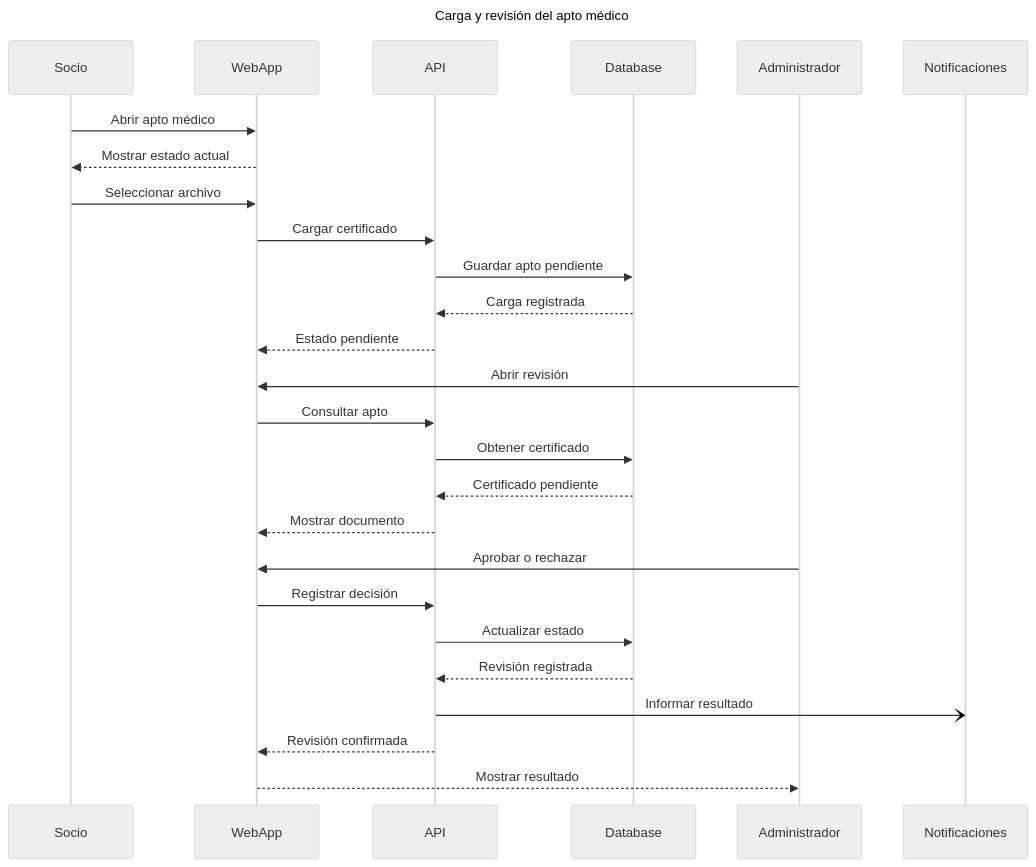
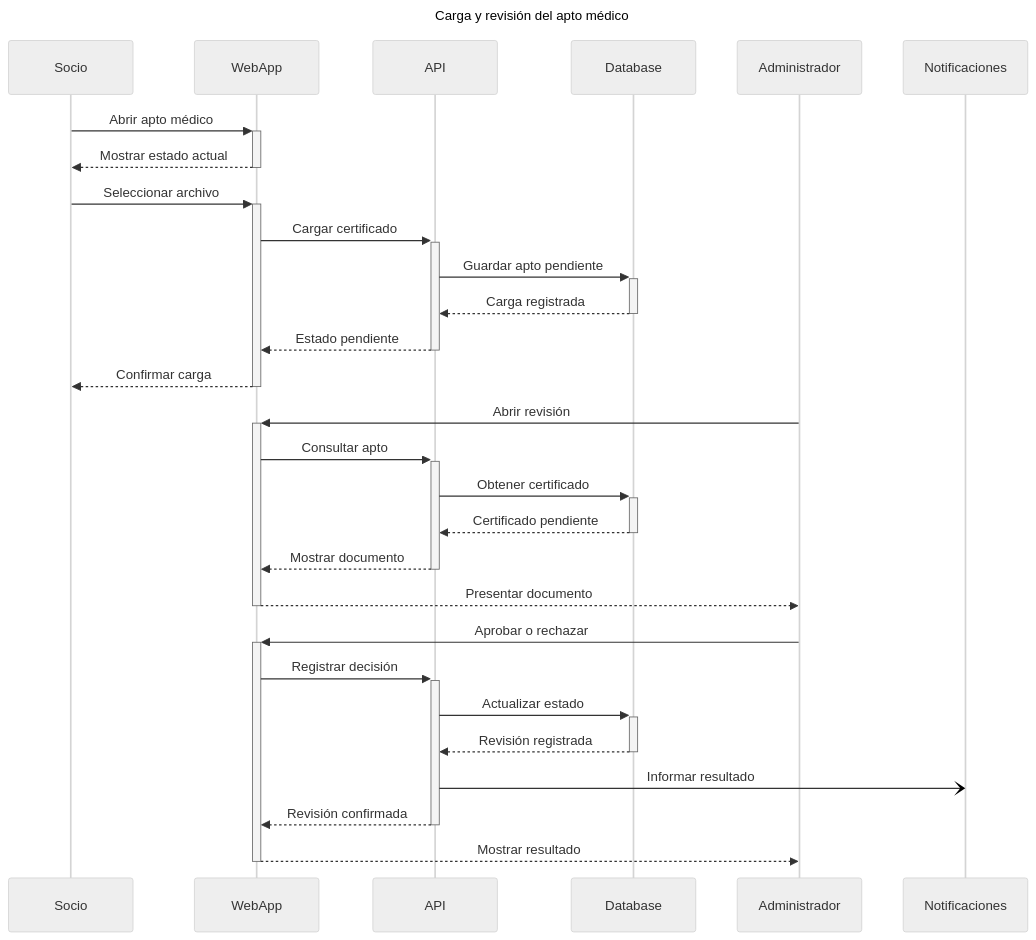
One commit to MTeamOrg/M-Team changed the third of 6 diagrams in docs/diagramas-de-secuencia.md. Above: the diagram before and after it, drawn with Mermaid (neutral theme). The commit also changed other lines of this file, not shown here.

Commit message:
docs: add activation bars to sequence diagrams

````diff
--- a/docs/diagramas-de-secuencia.md
+++ b/docs/diagramas-de-secuencia.md
@@ -69,30 +71,32 @@
 ```mermaid
 sequenceDiagram
     title Carga y revisión del apto médico
     participant Socio
     participant WebApp
     participant API
     participant Database
     participant Administrador
     participant Notificaciones
 
-    Socio->>WebApp: Abrir apto médico
-    WebApp-->>Socio: Mostrar estado actual
-    Socio->>WebApp: Seleccionar archivo
-    WebApp->>API: Cargar certificado
-    API->>Database: Guardar apto pendiente
-    Database-->>API: Carga registrada
-    API-->>WebApp: Estado pendiente
-    Administrador->>WebApp: Abrir revisión
-    WebApp->>API: Consultar apto
-    API->>Database: Obtener certificado
-    Database-->>API: Certificado pendiente
-    API-->>WebApp: Mostrar documento
-    Administrador->>WebApp: Aprobar o rechazar
-    WebApp->>API: Registrar decisión
-    API->>Database: Actualizar estado
-    Database-->>API: Revisión registrada
+    Socio->>+WebApp: Abrir apto médico
+    WebApp-->>-Socio: Mostrar estado actual
+    Socio->>+WebApp: Seleccionar archivo
+    WebApp->>+API: Cargar certificado
+    API->>+Database: Guardar apto pendiente
+    Database-->>-API: Carga registrada
+    API-->>-WebApp: Estado pendiente
+    WebApp-->>-Socio: Confirmar carga
+    Administrador->>+WebApp: Abrir revisión
+    WebApp->>+API: Consultar apto
+    API->>+Database: Obtener certificado
+    Database-->>-API: Certificado pendiente
+    API-->>-WebApp: Mostrar documento
+    WebApp-->>-Administrador: Presentar documento
+    Administrador->>+WebApp: Aprobar o rechazar
+    WebApp->>+API: Registrar decisión
+    API->>+Database: Actualizar estado
+    Database-->>-API: Revisión registrada
     API-)Notificaciones: Informar resultado
-    API-->>WebApp: Revisión confirmada
-    WebApp-->>Administrador: Mostrar resultado
+    API-->>-WebApp: Revisión confirmada
+    WebApp-->>-Administrador: Mostrar resultado
 ```
````
